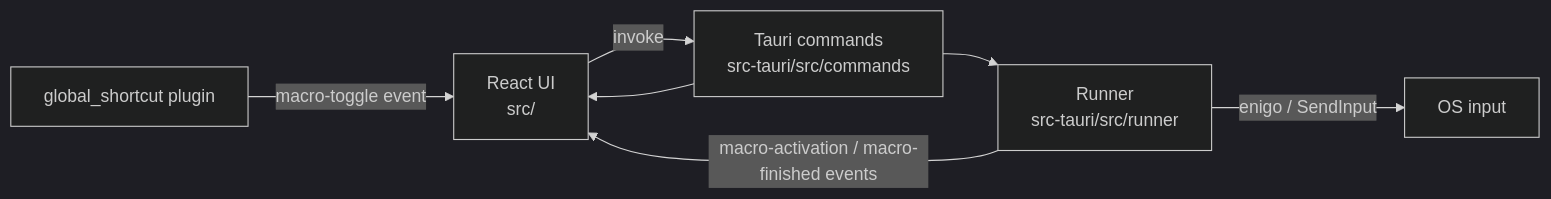
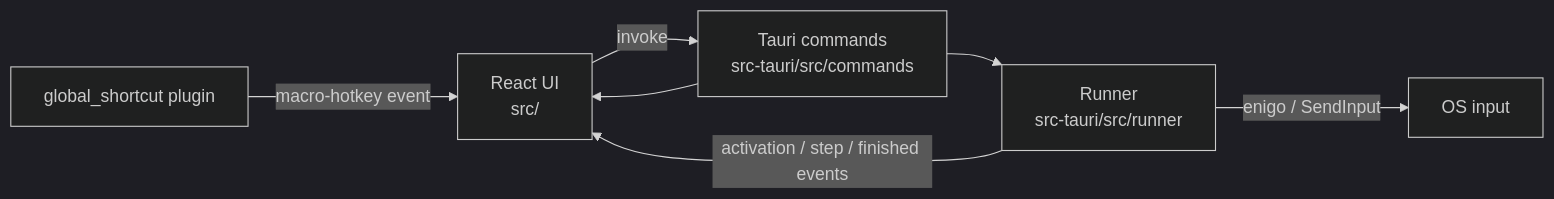
Before and after one commit to dchosendave/combo-macro-recorder: the first of 3 diagrams in docs/architecture.md, drawn with Mermaid (dark theme). The commit also changed other lines of this file and 75 other files, not shown here.

````diff
--- a/docs/architecture.md
+++ b/docs/architecture.md
@@ -8,9 +12,9 @@
 ```mermaid
 flowchart LR
     UI[React UI\nsrc/] -->|invoke| CMD[Tauri commands\nsrc-tauri/src/commands]
     CMD --> UI
     CMD --> RUN[Runner\nsrc-tauri/src/runner]
     RUN -->|enigo / SendInput| OS[OS input]
-    GH[global_shortcut plugin] -->|macro-toggle event| UI
-    RUN -->|macro-activation / macro-finished events| UI
+    GH[global_shortcut plugin] -->|macro-hotkey event| UI
+    RUN -->|activation / step / finished events| UI
 ```
````
